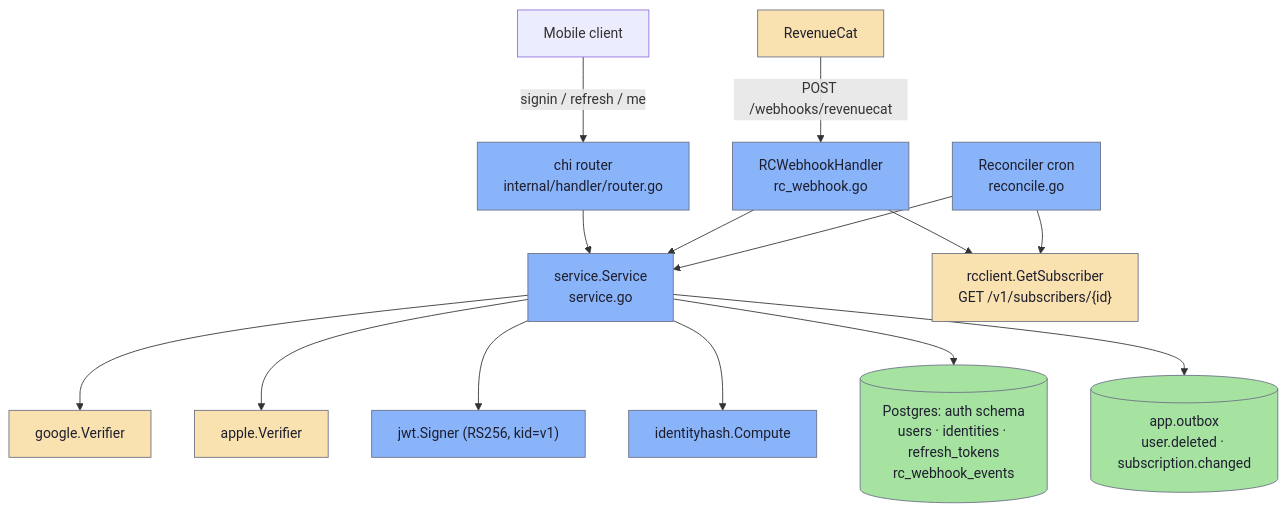
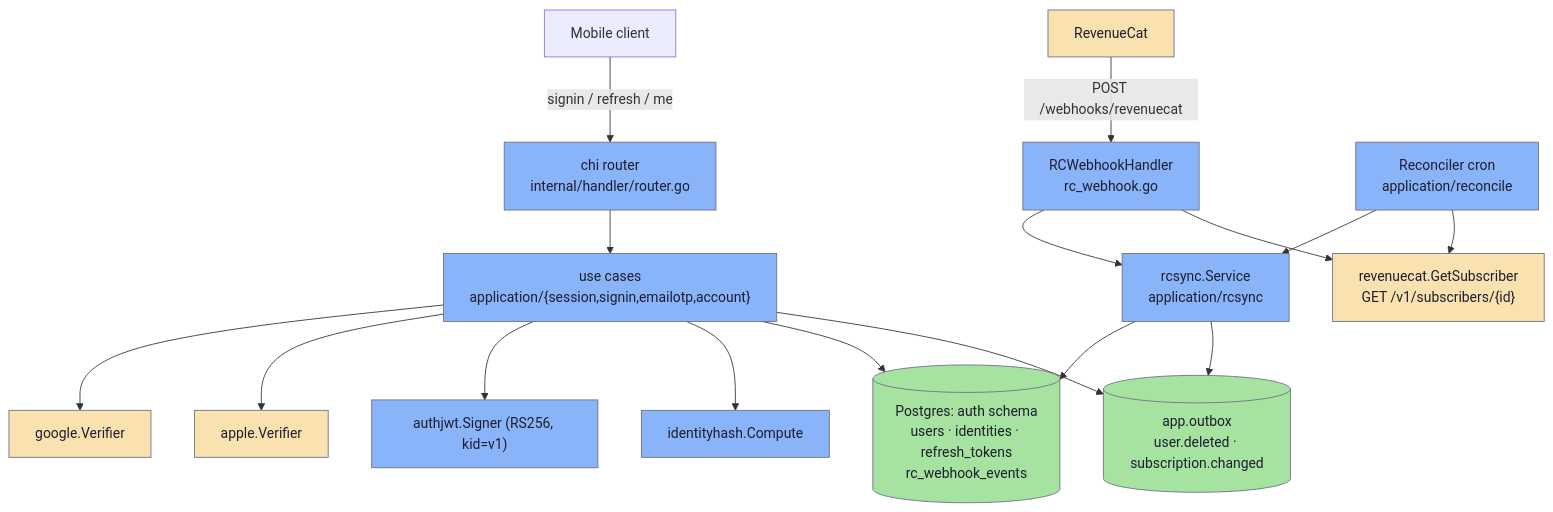
The first of 3 diagrams in docs/repos/shruti/architecture/auth.md (jiva-studio/shruti), drawn with Mermaid before and after one commit. The commit also changed other lines of this file and 110 other files, not shown here.

First line of the commit message:
refactor(auth): split the service into domain, ports, use cases and adapters

````diff
--- a/docs/repos/shruti/architecture/auth.md
+++ b/docs/repos/shruti/architecture/auth.md
@@ -9,26 +9,28 @@
 ```mermaid
 graph TD
   client["Mobile client"] -->|"signin / refresh / me"| router["chi router<br/>internal/handler/router.go"]
   rc["RevenueCat"] -->|"POST /webhooks/revenuecat"| webhook["RCWebhookHandler<br/>rc_webhook.go"]
 
-  router --> svc["service.Service<br/>service.go"]
-  webhook --> svc
-  cron["Reconciler cron<br/>reconcile.go"] --> svc
+  router --> svc["use cases<br/>application/{session,signin,emailotp,account}"]
+  webhook --> sync["rcsync.Service<br/>application/rcsync"]
+  cron["Reconciler cron<br/>application/reconcile"] --> sync
 
   svc --> gv["google.Verifier"]
   svc --> av["apple.Verifier"]
-  svc --> signer["jwt.Signer (RS256, kid=v1)"]
+  svc --> signer["authjwt.Signer (RS256, kid=v1)"]
   svc --> ihash["identityhash.Compute"]
-  webhook --> rcclient["rcclient.GetSubscriber<br/>GET /v1/subscribers/{id}"]
+  webhook --> rcclient["revenuecat.GetSubscriber<br/>GET /v1/subscribers/{id}"]
   cron --> rcclient
 
+  sync --> pg
+  sync --> outbox
   svc --> pg[("Postgres: auth schema<br/>users · identities · refresh_tokens<br/>rc_webhook_events")]
   svc --> outbox[("app.outbox<br/>user.deleted · subscription.changed")]
 
   classDef accent fill:#89b4fa,stroke:#6c7086,color:#1e1e2e;
   classDef store fill:#a6e3a1,stroke:#6c7086,color:#1e1e2e;
   classDef ext fill:#f9e2af,stroke:#6c7086,color:#1e1e2e;
-  class router,webhook,svc,cron,signer,ihash accent;
+  class router,webhook,svc,sync,cron,signer,ihash accent;
   class pg,outbox store;
   class rc,rcclient,gv,av ext;
 ```
````
